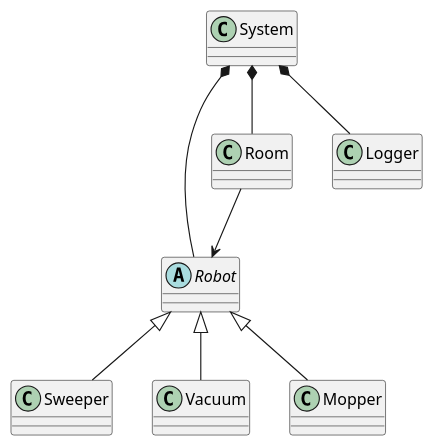
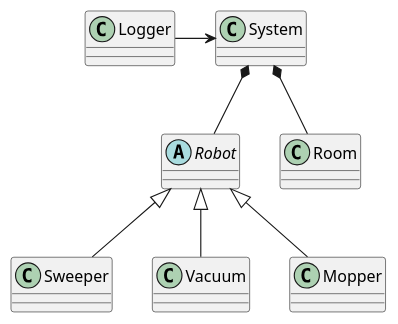
One commit to arisk02/robot-fleet-management-system changed the diagram in docs/design/class_diagram/class_diagram.puml. Above: the diagram before and after it, drawn with PlantUML.

Commit message:
Made Logger separate from system

```diff
--- a/docs/design/class_diagram/class_diagram.puml
+++ b/docs/design/class_diagram/class_diagram.puml
@@ -1,17 +1,16 @@
 @startuml
 Class System
 Abstract class Robot
 class Sweeper
 class Vacuum
 class Mopper
 class Room
 class Logger
 System *-- Robot
 Robot <|-- Sweeper
 Robot <|-- Vacuum
 Robot <|-- Mopper
 System *-- Room
-System *-- Logger
-Room --> Robot
+Logger -> System
 
 @enduml
```
